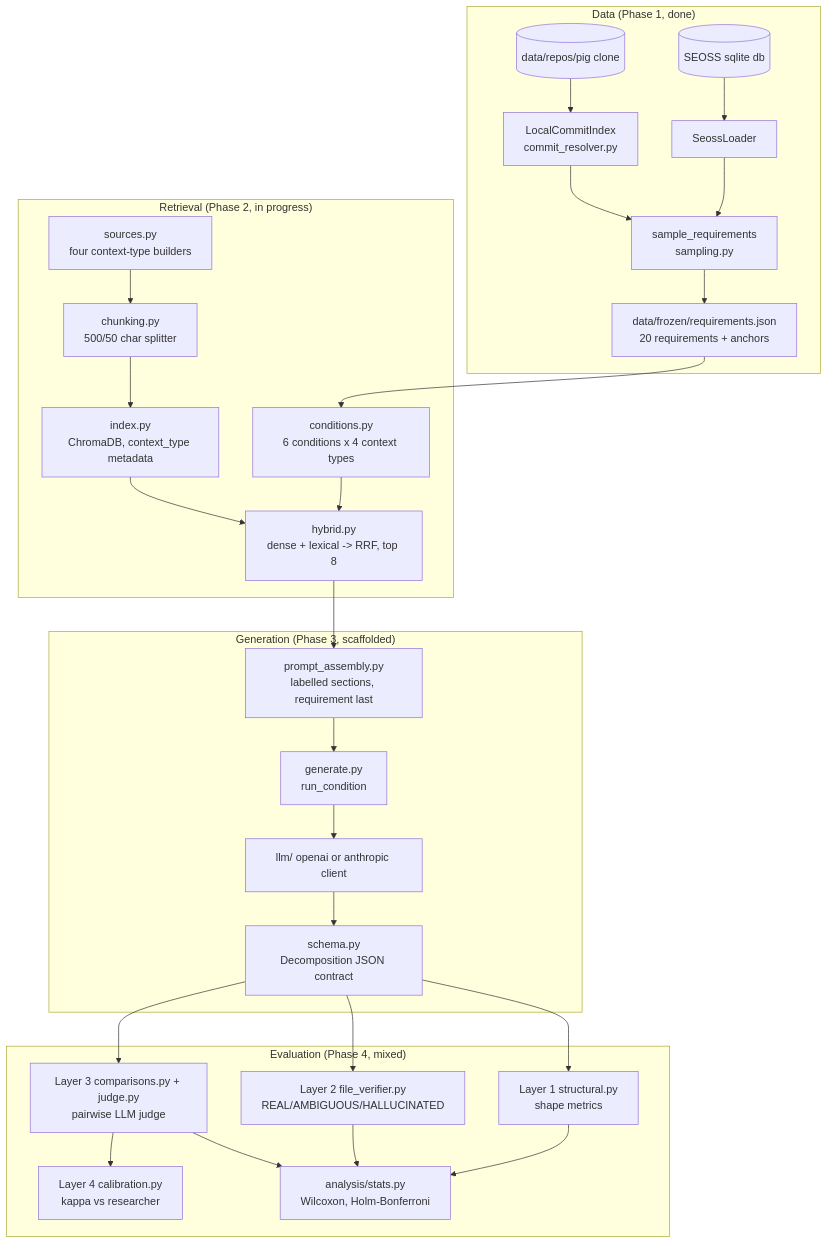
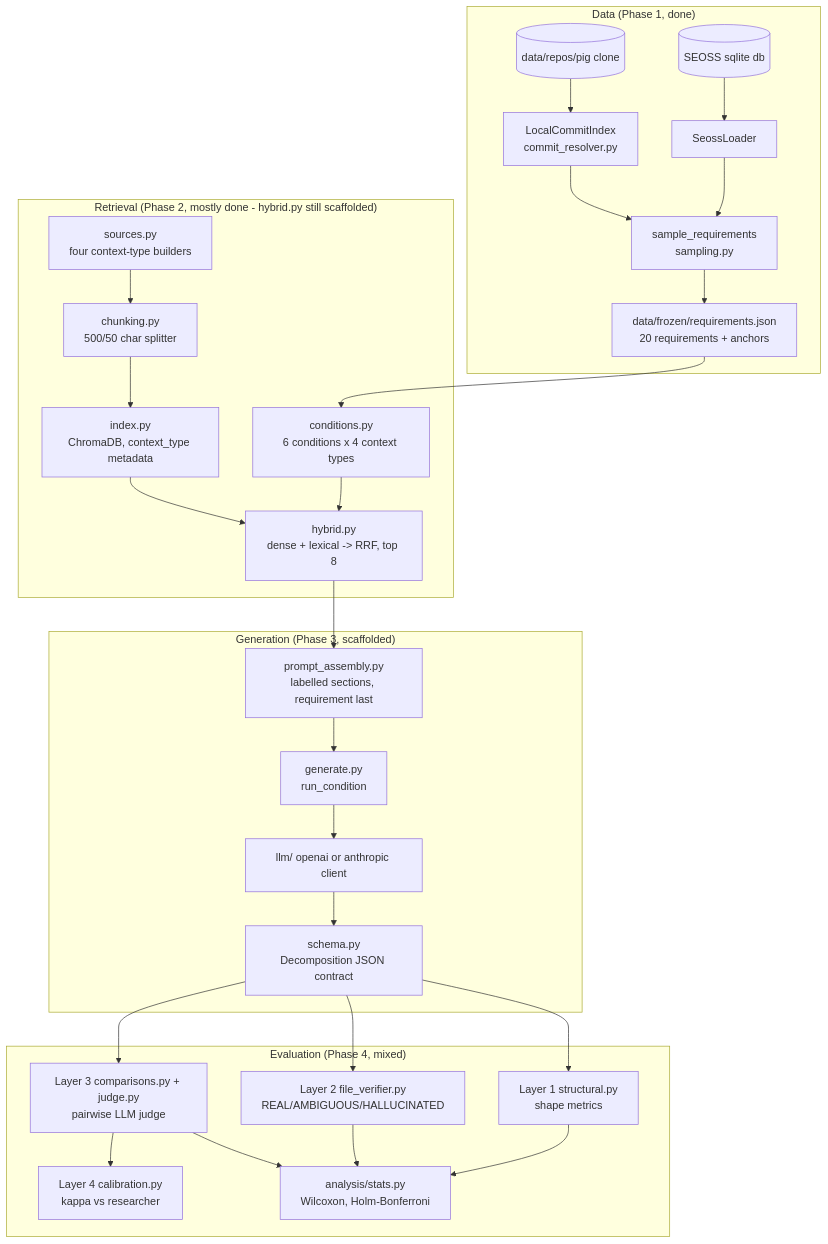
The second of 2 diagrams in CODEBASE_GUIDE.md (Rishabh-Saha/context-aware-requirement-decompotision), drawn with Mermaid before and after one commit. The commit also changed other lines of this file and 13 other files, not shown here.

````diff
--- a/CODEBASE_GUIDE.md
+++ b/CODEBASE_GUIDE.md
@@ -132,35 +135,35 @@
 ```mermaid
 flowchart TD
     subgraph Data["Data (Phase 1, done)"]
         SEOSS[(SEOSS sqlite db)] --> Loader[SeossLoader]
         Repo[(data/repos/pig clone)] --> Resolver[LocalCommitIndex\ncommit_resolver.py]
         Loader --> Sampling[sample_requirements\nsampling.py]
         Resolver --> Sampling
         Sampling --> Frozen[data/frozen/requirements.json\n20 requirements + anchors]
     end
 
-    subgraph Retrieval["Retrieval (Phase 2, in progress)"]
+    subgraph Retrieval["Retrieval (Phase 2, mostly done - hybrid.py still scaffolded)"]
         Frozen --> Conditions[conditions.py\n6 conditions x 4 context types]
         Sources[sources.py\nfour context-type builders] --> Chunking[chunking.py\n500/50 char splitter]
         Chunking --> Index[index.py\nChromaDB, context_type metadata]
         Conditions --> Hybrid[hybrid.py\ndense + lexical -> RRF, top 8]
         Index --> Hybrid
     end
 
     subgraph Generation["Generation (Phase 3, scaffolded)"]
         Hybrid --> Prompt[prompt_assembly.py\nlabelled sections, requirement last]
         Prompt --> Generate[generate.py\nrun_condition]
         Generate --> LLM[llm/ openai or anthropic client]
         LLM --> Schema[schema.py\nDecomposition JSON contract]
     end
 
     subgraph Eval["Evaluation (Phase 4, mixed)"]
         Schema --> L1[Layer 1 structural.py\nshape metrics]
         Schema --> L2[Layer 2 file_verifier.py\nREAL/AMBIGUOUS/HALLUCINATED]
         Schema --> L3[Layer 3 comparisons.py + judge.py\npairwise LLM judge]
         L3 --> L4[Layer 4 calibration.py\nkappa vs researcher]
         L1 --> Stats[analysis/stats.py\nWilcoxon, Holm-Bonferroni]
         L2 --> Stats
         L3 --> Stats
     end
 ```
````
